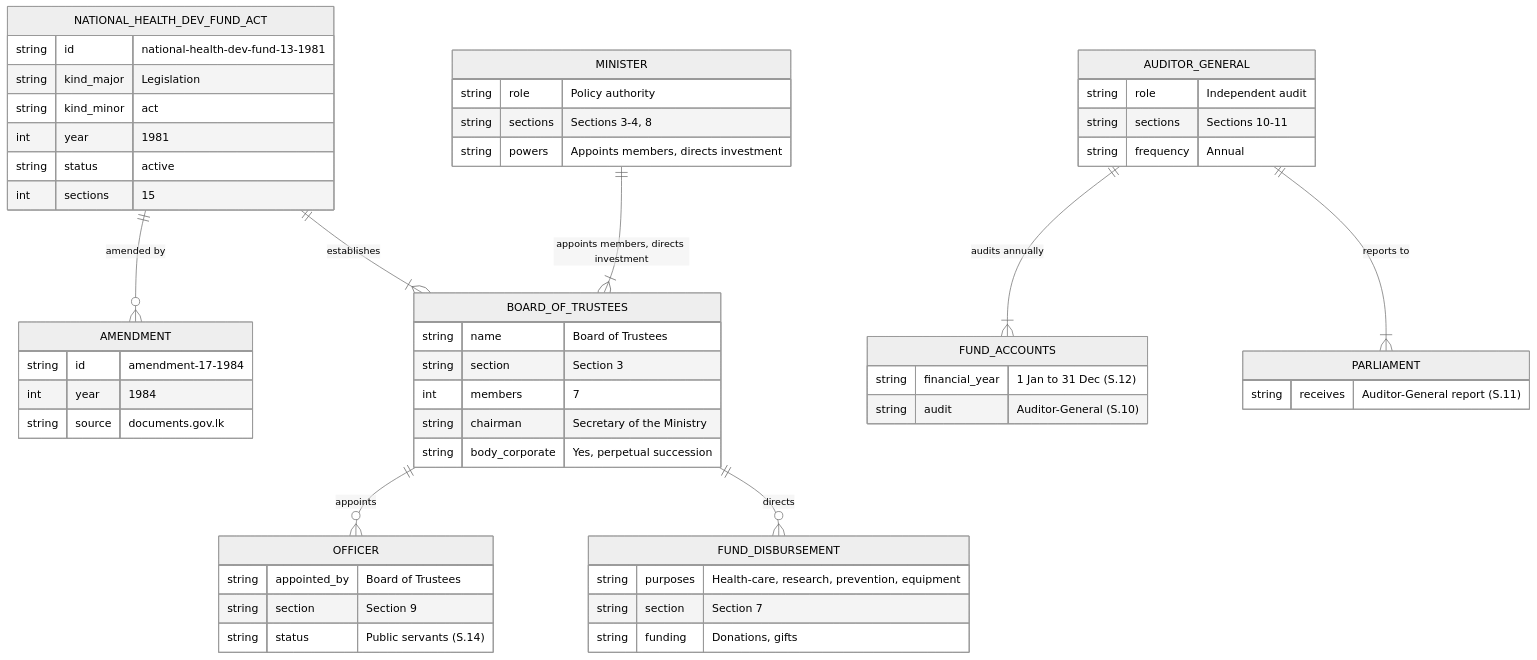
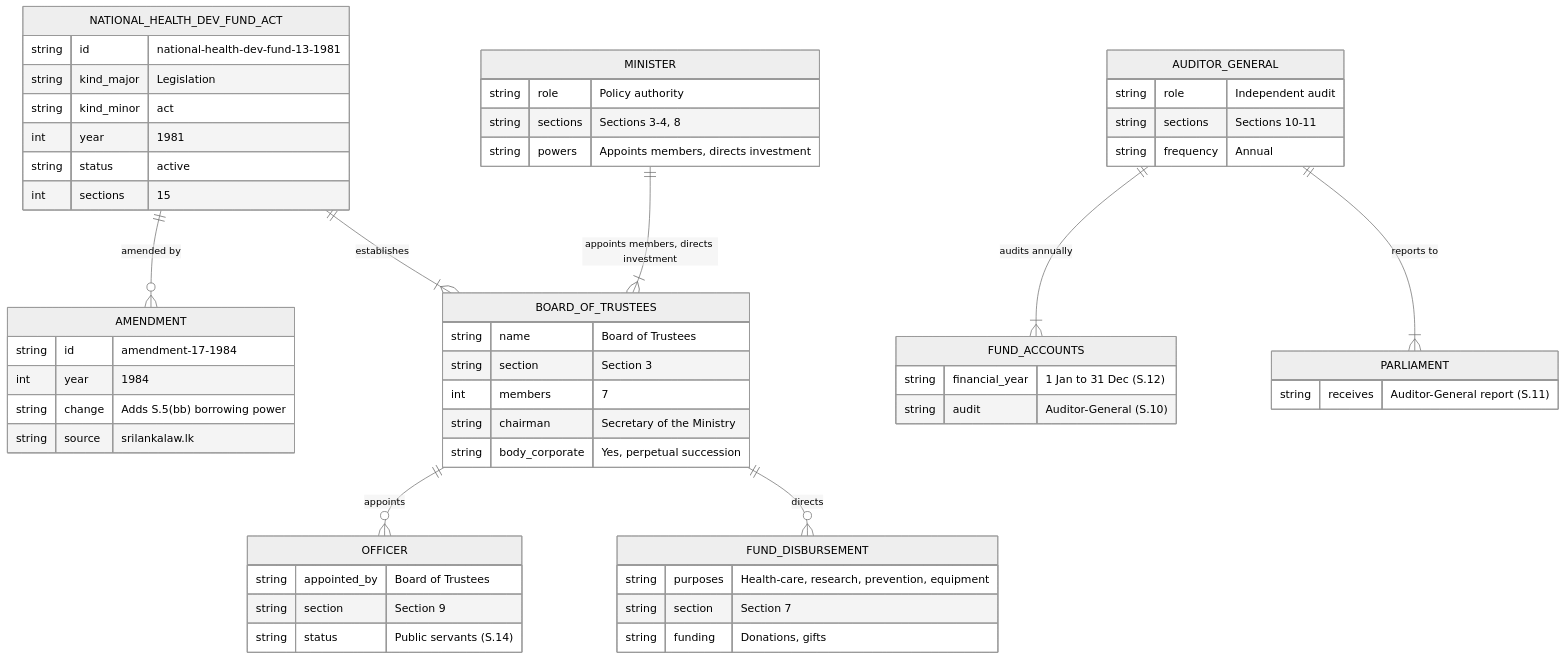
One commit to LDFLK/research changed the fourth of 4 diagrams in docs/docs/ministry-deep-dive/act-lineage/national-health-dev-fund/lineage.md. Above: the diagram before and after it, drawn with Mermaid (neutral theme). The commit also changed other lines of this file and 4 other files, not shown here.

````diff
--- a/docs/docs/ministry-deep-dive/act-lineage/national-health-dev-fund/lineage.md
+++ b/docs/docs/ministry-deep-dive/act-lineage/national-health-dev-fund/lineage.md
@@ -84,66 +88,67 @@
 ```mermaid
 erDiagram
     NATIONAL_HEALTH_DEV_FUND_ACT ||--o{ AMENDMENT : "amended by"
     NATIONAL_HEALTH_DEV_FUND_ACT ||--|{ BOARD_OF_TRUSTEES : "establishes"
     BOARD_OF_TRUSTEES ||--o{ OFFICER : "appoints"
     BOARD_OF_TRUSTEES ||--o{ FUND_DISBURSEMENT : "directs"
     MINISTER ||--|{ BOARD_OF_TRUSTEES : "appoints members, directs investment"
     AUDITOR_GENERAL ||--|{ FUND_ACCOUNTS : "audits annually"
     AUDITOR_GENERAL ||--|{ PARLIAMENT : "reports to"
 
     NATIONAL_HEALTH_DEV_FUND_ACT {
         string id "national-health-dev-fund-13-1981"
         string kind_major "Legislation"
         string kind_minor "act"
         int year "1981"
         string status "active"
         int sections "15"
     }
 
     AMENDMENT {
         string id "amendment-17-1984"
         int year "1984"
-        string source "documents.gov.lk"
+        string change "Adds S.5(bb) borrowing power"
+        string source "srilankalaw.lk"
     }
 
     BOARD_OF_TRUSTEES {
         string name "Board of Trustees"
         string section "Section 3"
         int members "7"
         string chairman "Secretary of the Ministry"
         string body_corporate "Yes, perpetual succession"
     }
 
     MINISTER {
         string role "Policy authority"
         string sections "Sections 3-4, 8"
         string powers "Appoints members, directs investment"
     }
 
     FUND_DISBURSEMENT {
         string purposes "Health-care, research, prevention, equipment"
         string section "Section 7"
         string funding "Donations, gifts"
     }
 
     AUDITOR_GENERAL {
         string role "Independent audit"
         string sections "Sections 10-11"
         string frequency "Annual"
     }
 
     FUND_ACCOUNTS {
         string financial_year "1 Jan to 31 Dec (S.12)"
         string audit "Auditor-General (S.10)"
     }
 
     OFFICER {
         string appointed_by "Board of Trustees"
         string section "Section 9"
         string status "Public servants (S.14)"
     }
 
     PARLIAMENT {
         string receives "Auditor-General report (S.11)"
     }
 ```
````
